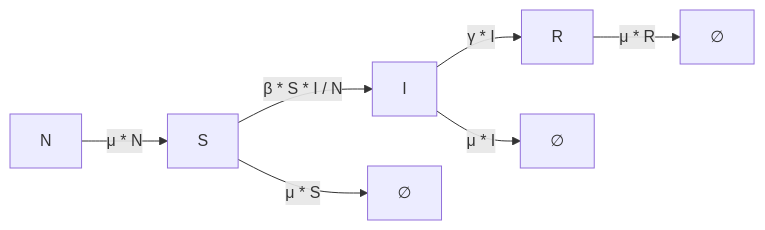
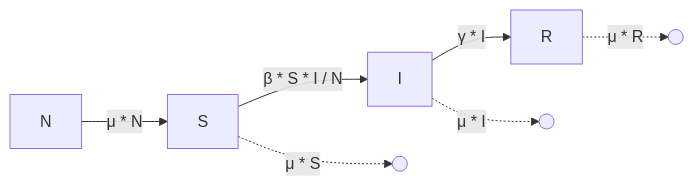
The diagram in docs/models/sir.md (dsih-artpark/infectious-disease-models), drawn with Mermaid before and after one commit.

````diff
--- a/docs/models/sir.md
+++ b/docs/models/sir.md
@@ -14,9 +14,9 @@
 ```mermaid
 flowchart LR
     S -->|"β * S * I / N"| I
     I -->|"γ * I"| R
     N -->|"μ * N"| S
-    S -->|"μ * S"| X1[∅]
-    I -->|"μ * I"| X2[∅]
-    R -->|"μ * R"| X3[∅]
+    S -.->|"μ * S"| endS(( ))
+    I -.->|"μ * I"| endI(( ))
+    R -.->|"μ * R"| endR(( ))
 ```
````
